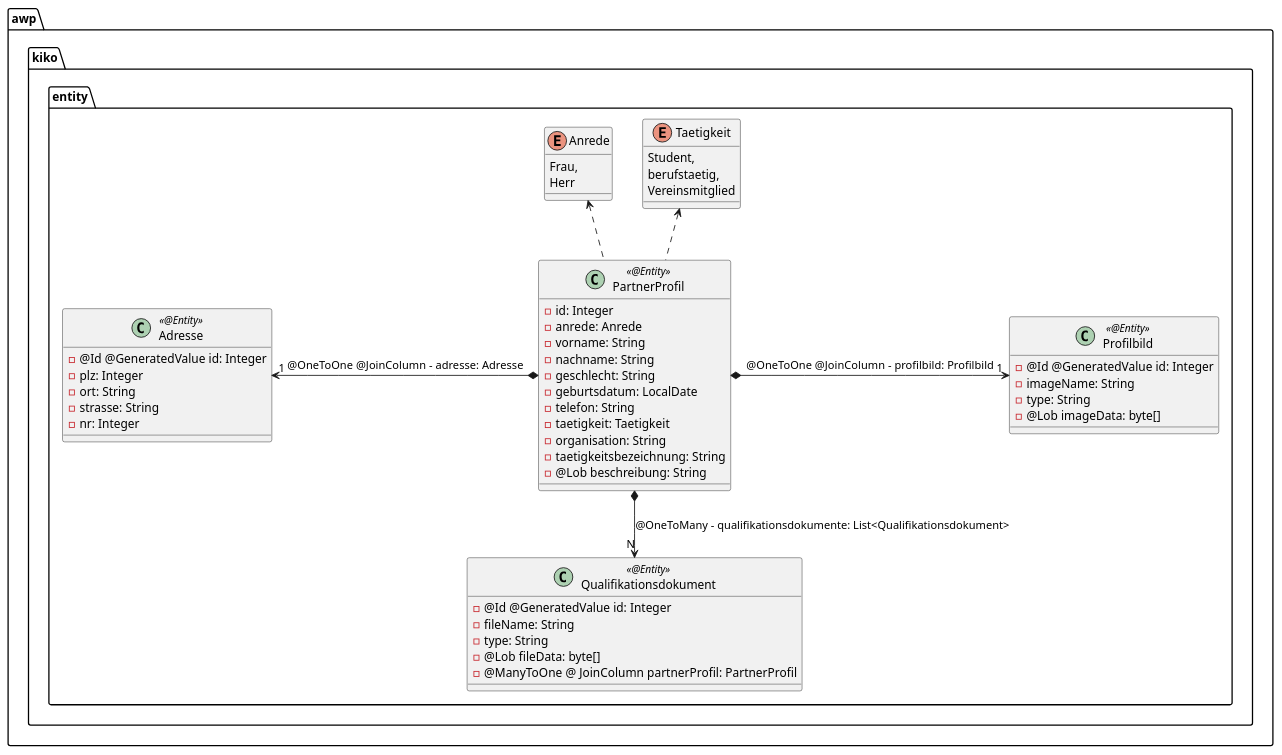
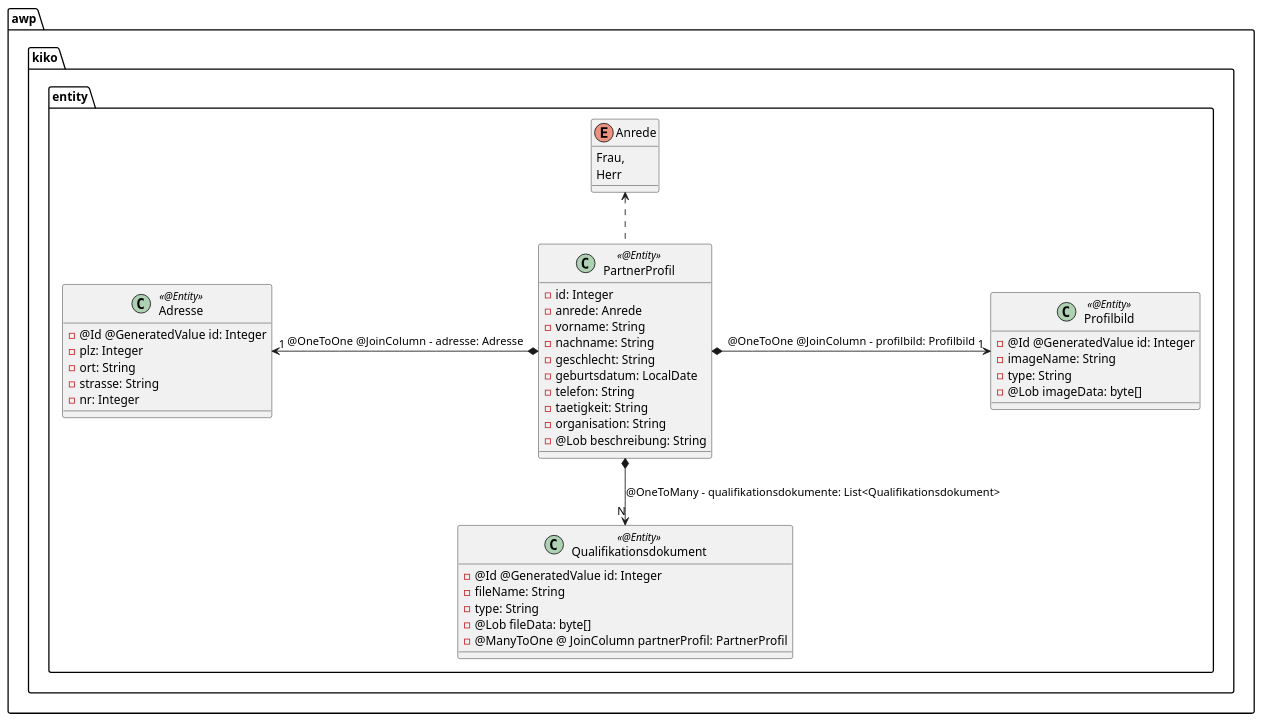
One commit to GoldHeartsRE/kiko changed the diagram in backend/.extras/doc/PartnerProfil.plantuml. Above: the diagram before and after it, drawn with PlantUML. The commit also changed 3 other files, not shown here.

Commit message:
Taetigekit als String anstatt Enum, Taetigkeitsbezeichnung entfernt

```diff
--- a/backend/.extras/doc/PartnerProfil.plantuml
+++ b/backend/.extras/doc/PartnerProfil.plantuml
@@ -1,59 +1,51 @@
 @startuml PartnerProfil
 package awp.kiko.entity {
     class PartnerProfil <<@Entity>> {
         - id: Integer
         - anrede: Anrede
         - vorname: String
         - nachname: String
         - geschlecht: String
         - geburtsdatum: LocalDate
         - telefon: String
-        - taetigkeit: Taetigkeit
+        - taetigkeit: String
         - organisation: String
-        - taetigkeitsbezeichnung: String
         - @Lob beschreibung: String
     }
 
     enum Anrede {
         Frau,
         Herr
-    }
-
-    enum Taetigkeit {
-        Student,
-        berufstaetig,
-        Vereinsmitglied
     }
 
     class Adresse <<@Entity>> {
         - @Id @GeneratedValue id: Integer
         - plz: Integer
         - ort: String
         - strasse: String
         - nr: Integer
     }
 
     class Profilbild <<@Entity>> {
         - @Id @GeneratedValue id: Integer
         - imageName: String
         - type: String
         - @Lob imageData: byte[]
     }
 
     class Qualifikationsdokument <<@Entity>> {
         - @Id @GeneratedValue id: Integer
         - fileName: String
         - type: String
         - @Lob fileData: byte[]
         - @ManyToOne @ JoinColumn partnerProfil: PartnerProfil
     }
 
     PartnerProfil *-left-> "1" Adresse: @OneToOne @JoinColumn - adresse: Adresse
     PartnerProfil *-right-> "1" Profilbild: @OneToOne @JoinColumn - profilbild: Profilbild
     PartnerProfil *-down-> "N" Qualifikationsdokument: @OneToMany - qualifikationsdokumente: List<Qualifikationsdokument>
 
     PartnerProfil .up.> Anrede
-    PartnerProfil .up.> Taetigkeit
 }
 
 @enduml
```
